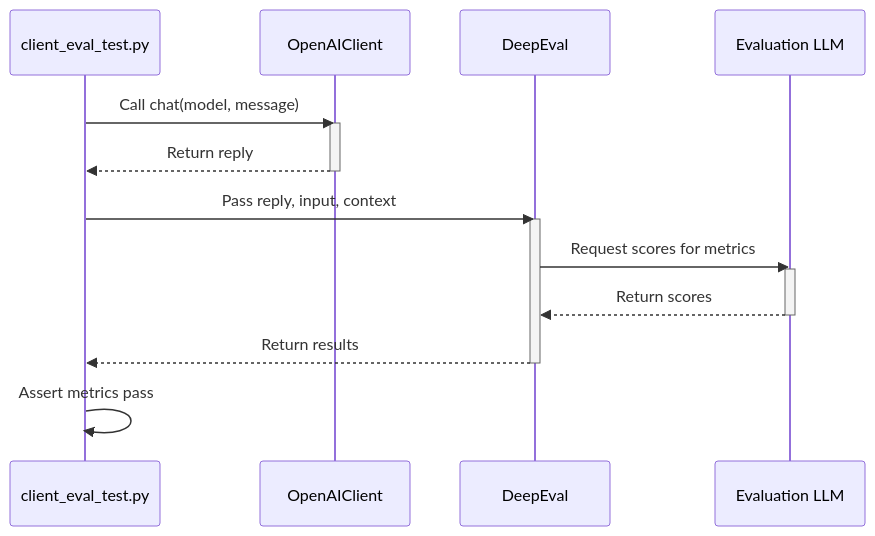
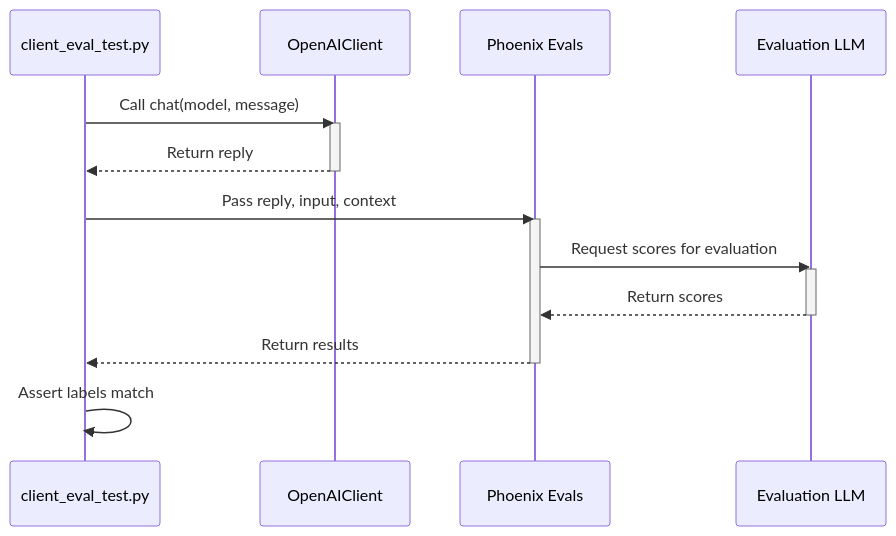
Before and after one commit to elastic/testing-genai-applications: the diagram in 07-eval/README.md, drawn with Mermaid. The commit also changed other lines of this file and 23 other files, not shown here.

Commit message:
Add example using phoenix-eval (#10)

````diff
--- a/07-eval/README.md
+++ b/07-eval/README.md
@@ -8,21 +8,21 @@
 ```mermaid
 sequenceDiagram
     participant Test as client_eval_test.py
     participant Client as OpenAIClient
-    participant DeepEval
+    participant Phoenix Evals
     participant LLM as Evaluation LLM
 
     Test ->> Client: Call chat(model, message)
     activate Client
     Client -->> Test: Return reply
     deactivate Client
-    Test ->> DeepEval: Pass reply, input, context
-    activate DeepEval
-    DeepEval ->> LLM: Request scores for metrics
+    Test ->> Phoenix Evals: Pass reply, input, context
+    activate Phoenix Evals
+    Phoenix Evals ->> LLM: Request scores for evaluation
     activate LLM
-    LLM -->> DeepEval: Return scores
+    LLM -->> Phoenix Evals: Return scores
     deactivate LLM
-    DeepEval -->> Test: Return results
-    deactivate DeepEval
-    Test ->> Test: Assert metrics pass
+    Phoenix Evals -->> Test: Return results
+    deactivate Phoenix Evals
+    Test ->> Test: Assert labels match
 ```
````
